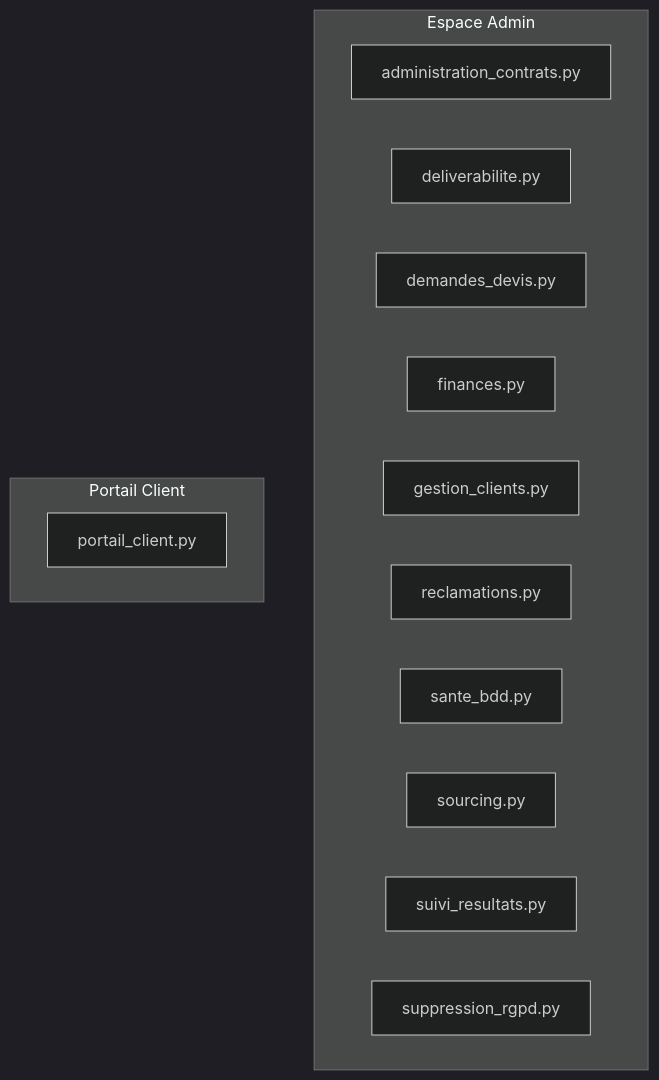
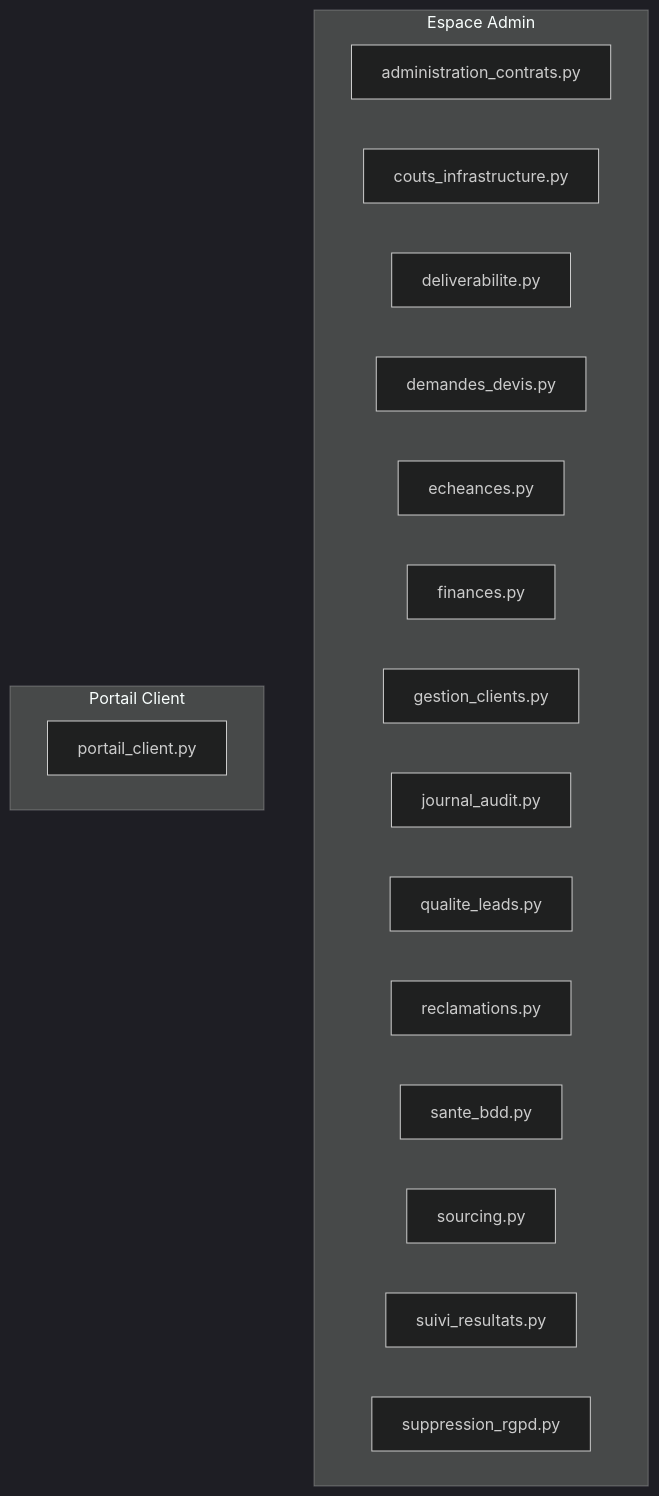
One commit to contactmonagenceiapro-sudo/leads-creator changed the third of 3 diagrams in docs/architecture_globale.md. Above: the diagram before and after it, drawn with Mermaid (dark theme). The commit also changed other lines of this file and 5 other files, not shown here.

````diff
--- a/docs/architecture_globale.md
+++ b/docs/architecture_globale.md
@@ -370,18 +414,22 @@
 ```mermaid
 flowchart TD
     subgraph ADMIN["Espace Admin"]
         administration_contrats_py["administration_contrats.py"]
+        couts_infrastructure_py["couts_infrastructure.py"]
         deliverabilite_py["deliverabilite.py"]
         demandes_devis_py["demandes_devis.py"]
+        echeances_py["echeances.py"]
         finances_py["finances.py"]
         gestion_clients_py["gestion_clients.py"]
+        journal_audit_py["journal_audit.py"]
+        qualite_leads_py["qualite_leads.py"]
         reclamations_py["reclamations.py"]
         sante_bdd_py["sante_bdd.py"]
         sourcing_py["sourcing.py"]
         suivi_resultats_py["suivi_resultats.py"]
         suppression_rgpd_py["suppression_rgpd.py"]
     end
     subgraph CLIENT["Portail Client"]
         portail_client_py["portail_client.py"]
     end
 ```
````
